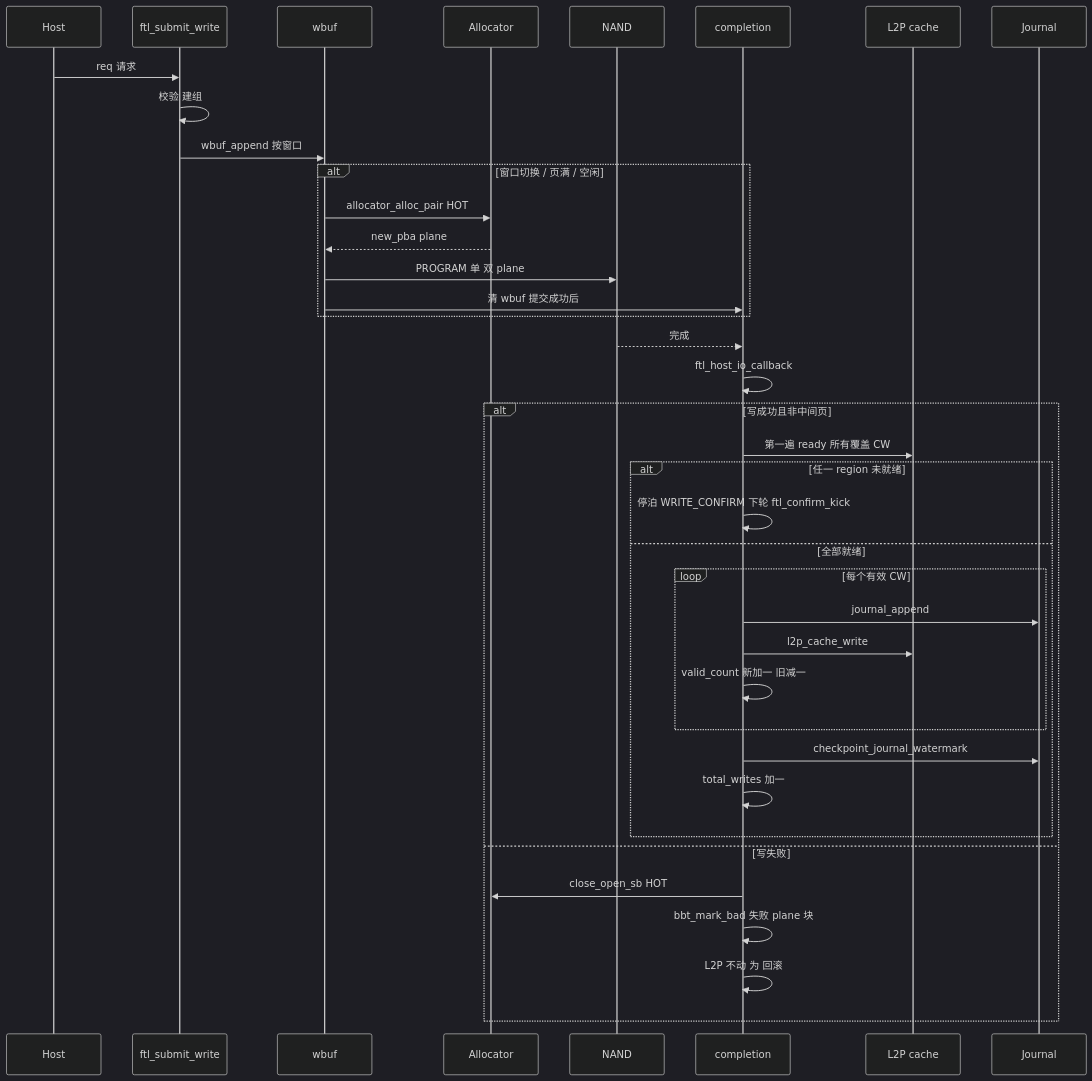
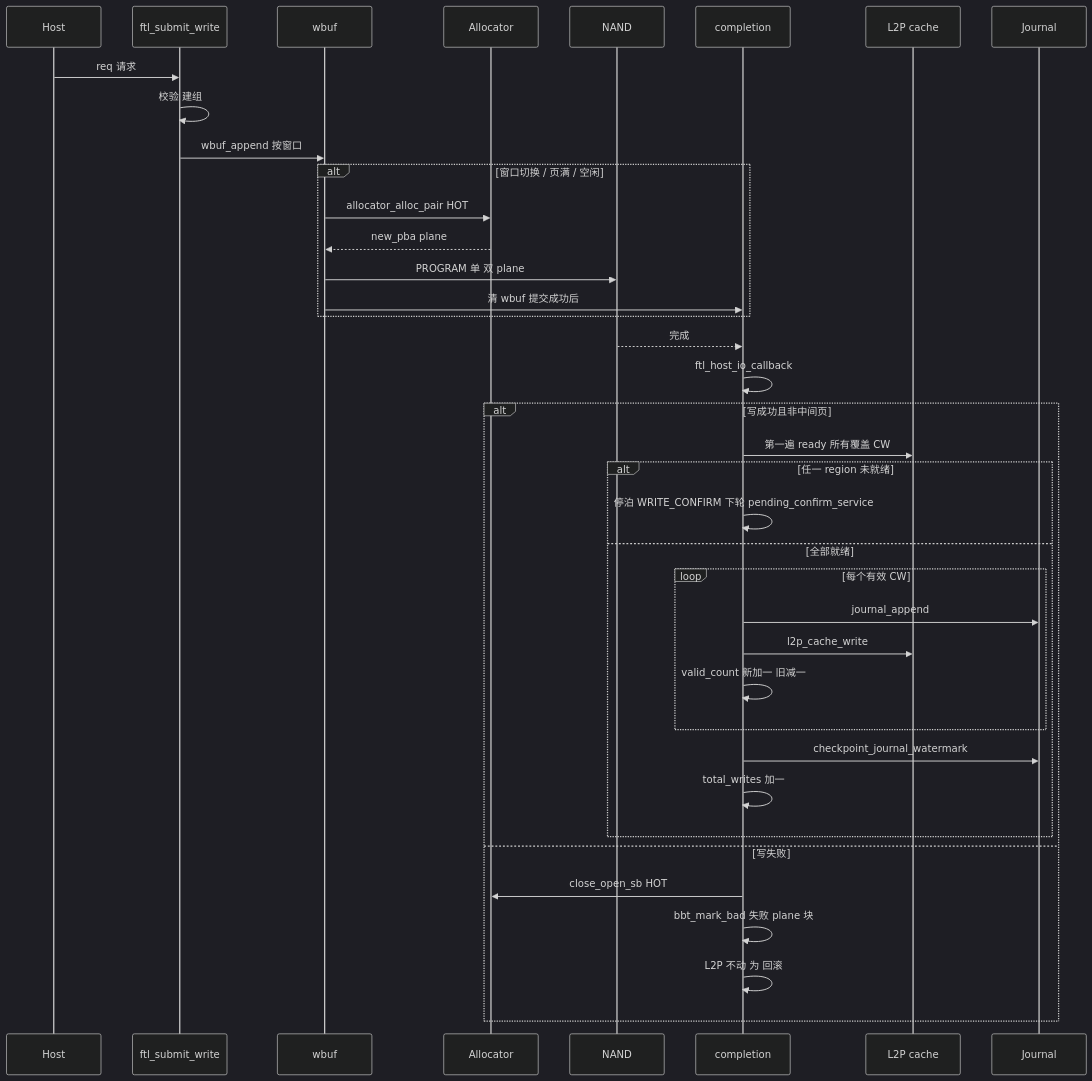
Diagram 27 of 32 in docs/design/ftl_design.md (YzYMIAO/BASESSD), drawn with Mermaid (dark theme) before and after one commit. The commit also changed other lines of this file and 46 other files, not shown here.

````diff
--- a/docs/design/ftl_design.md
+++ b/docs/design/ftl_design.md
@@ -3589,41 +3586,41 @@
 ```mermaid
 sequenceDiagram
     participant H as Host
     participant F as ftl_submit_write
     participant W as wbuf
     participant A as Allocator
     participant N as NAND
     participant C as completion
     participant L as L2P cache
     participant J as Journal
 
     H->>F: req 请求
     F->>F: 校验 建组
     F->>W: wbuf_append 按窗口
     alt 窗口切换 / 页满 / 空闲
         W->>A: allocator_alloc_pair HOT
         A-->>W: new_pba plane
         W->>N: PROGRAM 单 双 plane
         W->>C: 清 wbuf 提交成功后
     end
     N-->>C: 完成
     C->>C: ftl_host_io_callback
     alt 写成功且非中间页
         C->>L: 第一遍 ready 所有覆盖 CW
         alt 任一 region 未就绪
-            C->>C: 停泊 WRITE_CONFIRM 下轮 ftl_confirm_kick
+            C->>C: 停泊 WRITE_CONFIRM 下轮 pending_confirm_service
         else 全部就绪
             loop 每个有效 CW
                 C->>J: journal_append
                 C->>L: l2p_cache_write
                 C->>C: valid_count 新加一 旧减一
             end
             C->>J: checkpoint_journal_watermark
             C->>C: total_writes 加一
         end
     else 写失败
         C->>A: close_open_sb HOT
         C->>C: bbt_mark_bad 失败 plane 块
         C->>C: L2P 不动 为 回滚
     end
 ```
````
